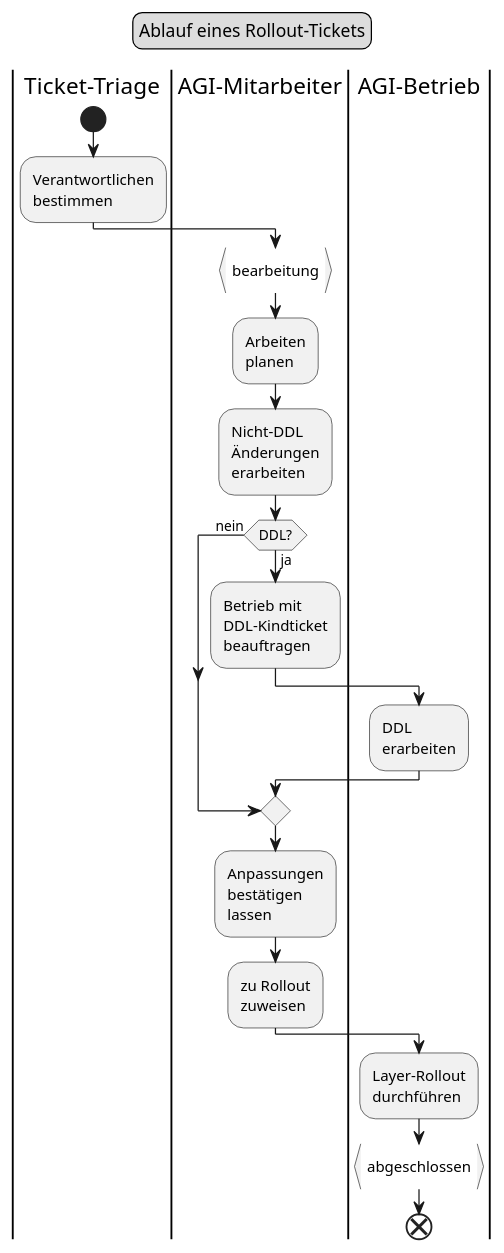
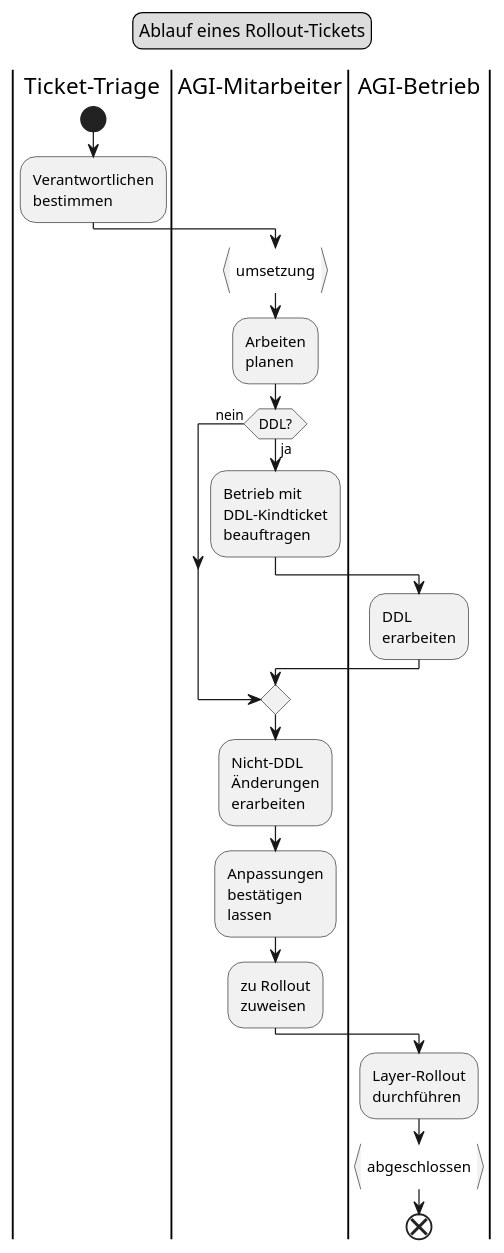
The diagram in puml/src/flow_rollout.puml (ojeker/docktick), drawn with PlantUML before and after one commit. The commit also changed 6 other files, not shown here.

```diff
--- a/puml/src/flow_rollout.puml
+++ b/puml/src/flow_rollout.puml
@@ -1,50 +1,51 @@
 @startuml
 legend top
 	Ablauf eines Rollout-Tickets
 end legend
 |Ticket-Triage|
 start
 :Verantwortlichen
 bestimmen;
 |AGI-Mitarbeiter|
 
-:bearbeitung}
+:umsetzung}
 
 :Arbeiten
 planen;
-
-:Nicht-DDL
-Änderungen
-erarbeiten;
 
 if (DDL?) then (nein)
 
 else (ja)
 
 :Betrieb mit
 DDL-Kindticket
 beauftragen;
 
 |AGI-Betrieb|
 
 :DDL
 erarbeiten;
 
 endif
 
 |AGI-Mitarbeiter|
+
+:Nicht-DDL
+Änderungen
+erarbeiten;
+
 :Anpassungen
 bestätigen
 lassen;
 
 :zu Rollout
 zuweisen;
 
 |AGI-Betrieb|
 :Layer-Rollout
 durchführen;
 
 :abgeschlossen}
 
 end
 @enduml
```
